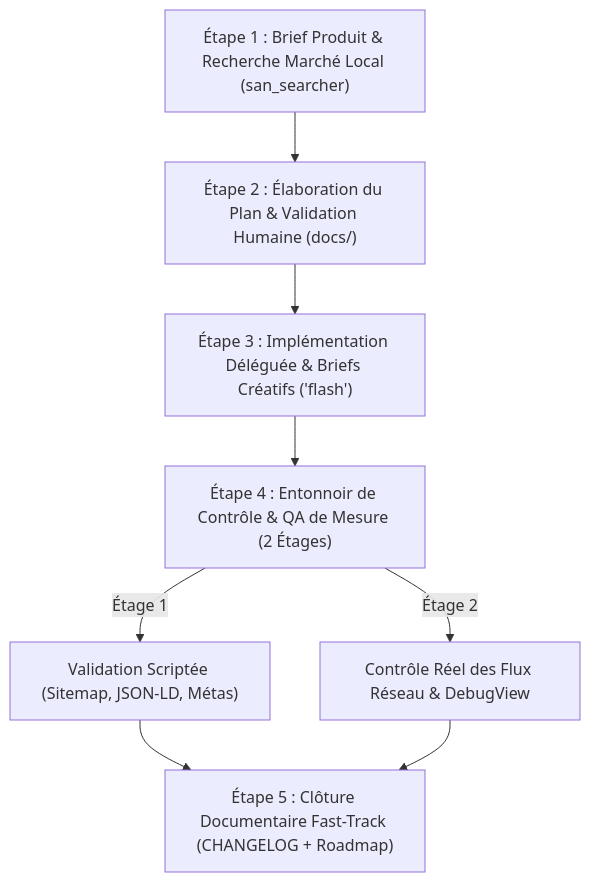
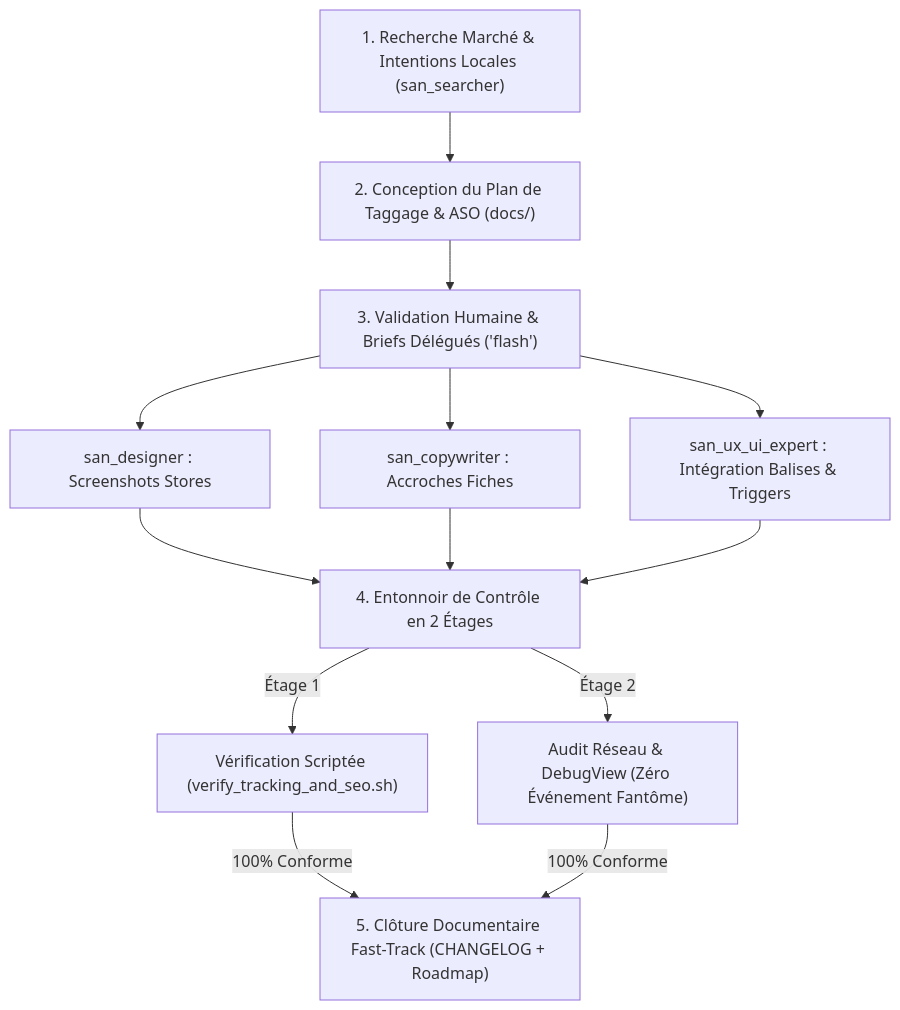
The first of 2 diagrams in skills/san_growth_expert.md (alexsan-dev/san_agy_framework), drawn with Mermaid before and after one commit. The commit also changed other lines of this file and 41 other files, not shown here.

````diff
--- a/skills/san_growth_expert.md
+++ b/skills/san_growth_expert.md
@@ -139,9 +117,12 @@
 ```mermaid
 flowchart TD
-    A["Étape 1 : Brief Produit & Recherche Marché Local (san_searcher)"] --> B["Étape 2 : Élaboration du Plan & Validation Humaine (docs/)"]
-    B --> C["Étape 3 : Implémentation Déléguée & Briefs Créatifs ('flash')"]
-    C --> D["Étape 4 : Entonnoir de Contrôle & QA de Mesure (2 Étages)"]
-    D -->|Étage 1| E["Validation Scriptée (Sitemap, JSON-LD, Métas)"]
-    D -->|Étage 2| F["Contrôle Réel des Flux Réseau & DebugView"]
-    E & F --> G["Étape 5 : Clôture Documentaire Fast-Track (CHANGELOG + Roadmap)"]
+    A["1. Recherche Marché & Intentions Locales (san_searcher)"] --> B["2. Conception du Plan de Taggage & ASO (docs/)"]
+    B --> C["3. Validation Humaine & Briefs Délégués ('flash')"]
+    C --> D1["san_designer : Screenshots Stores"]
+    C --> D2["san_copywriter : Accroches Fiches"]
+    C --> D3["san_ux_ui_expert : Intégration Balises & Triggers"]
+    D1 & D2 & D3 --> E["4. Entonnoir de Contrôle en 2 Étages"]
+    E -->|Étage 1| F["Vérification Scriptée (verify_tracking_and_seo.sh)"]
+    E -->|Étage 2| G["Audit Réseau & DebugView (Zéro Événement Fantôme)"]
+    F & G -->|100% Conforme| H["5. Clôture Documentaire Fast-Track (CHANGELOG + Roadmap)"]
 ```
````
